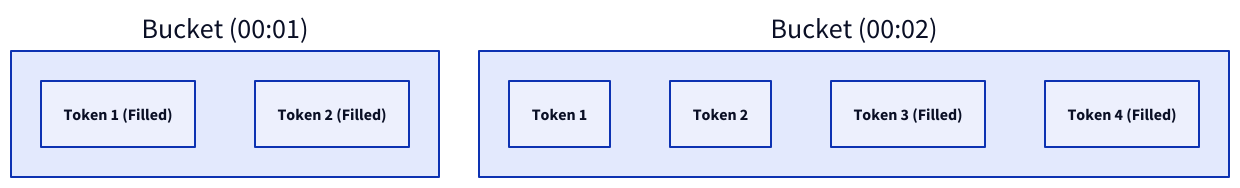
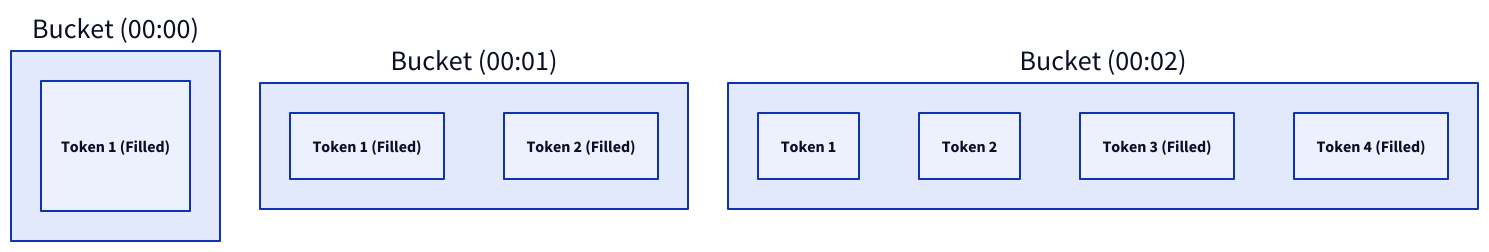
One commit to link1905/system-design-101 changed the fifth of 11 diagrams in content/docs/system-administration/system-protection/rate-limiting.md. Above: the diagram before and after it, drawn with D2. The commit also changed other lines of this file and 21 other files, not shown here.

````diff
--- a/content/docs/system-administration/system-protection/rate-limiting.md
+++ b/content/docs/system-administration/system-protection/rate-limiting.md
@@ -154,25 +157,31 @@
 ```d2
+b0: Bucket (00:00) {
+  t1: Token 1 (Filled) {
+    class: none
+    height: 130
+  }
+}
 b1: Bucket (00:01) {
   t1: Token 1 (Filled) {
     class: token
   }
   t2: Token 2 (Filled) {
     class: token
   }
 }
 
 b2: Bucket (00:02) {
   t1: Token 1 {
     class: token
   }
   t2: Token 2 {
     class: token
   }
   t3: Token 3 (Filled) {
     class: token
   }
   t4: Token 4 (Filled) {
     class: token
   }
 }
 ```
````
